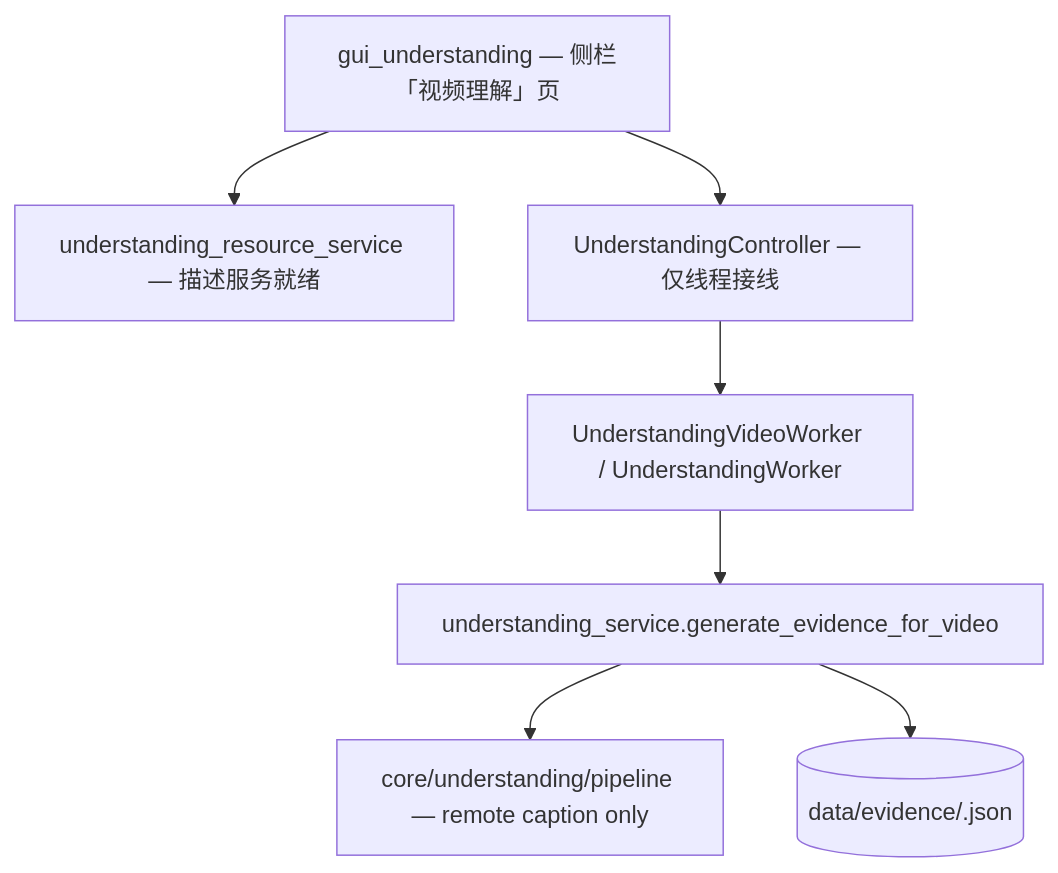
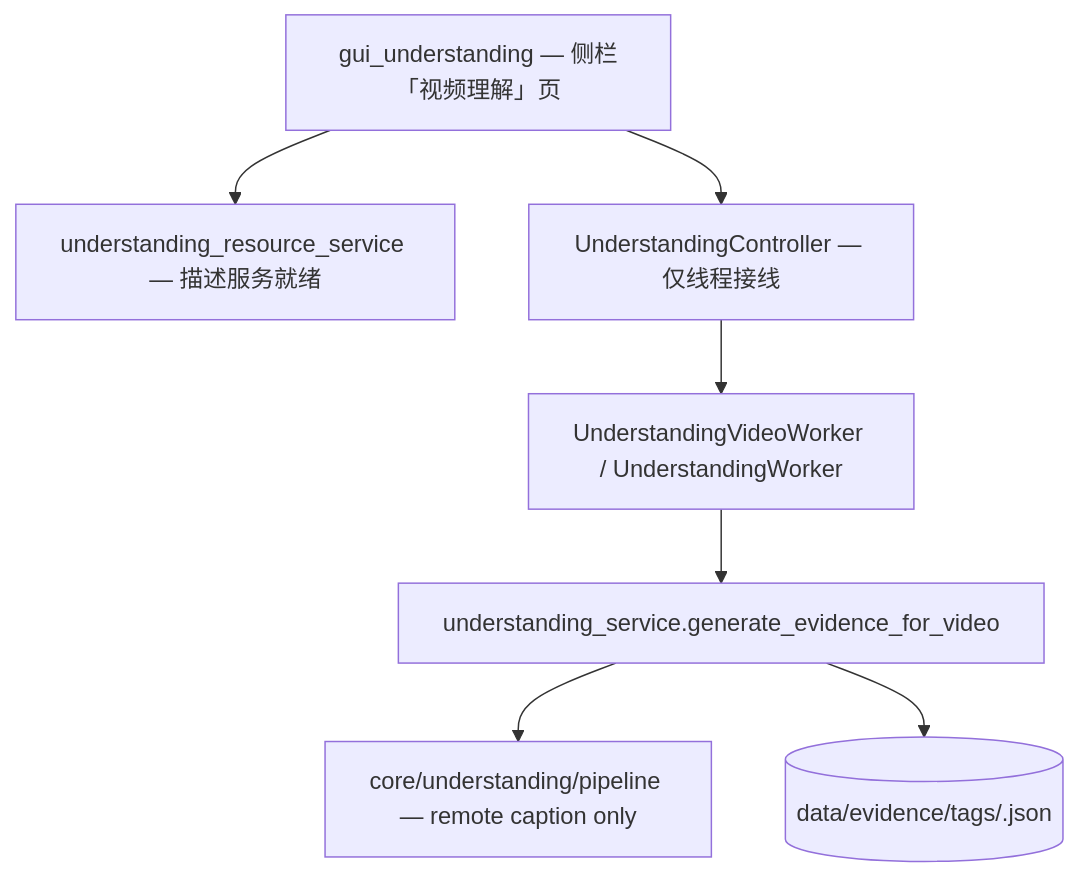
The fourth of 6 diagrams in docs/architecture.md (6v17/VideoSeek), drawn with Mermaid before and after one commit. The commit also changed other lines of this file and 29 other files, not shown here.

````diff
--- a/docs/architecture.md
+++ b/docs/architecture.md
@@ -97,14 +97,14 @@
 ```mermaid
 flowchart TB
   GU["gui_understanding — 侧栏「视频理解」页"]
   URS["understanding_resource_service — 描述服务就绪"]
   UC["UnderstandingController — 仅线程接线"]
   UW["UnderstandingVideoWorker / UnderstandingWorker"]
   US["understanding_service.generate_evidence_for_video"]
   PIPE["core/understanding/pipeline — remote caption only"]
-  DISK[("data/evidence/<video_id>.json")]
+  DISK[("data/evidence/tags/<video_id>.json")]
 
   GU --> URS
   GU --> UC --> UW --> US --> PIPE
   US --> DISK
 ```
````
